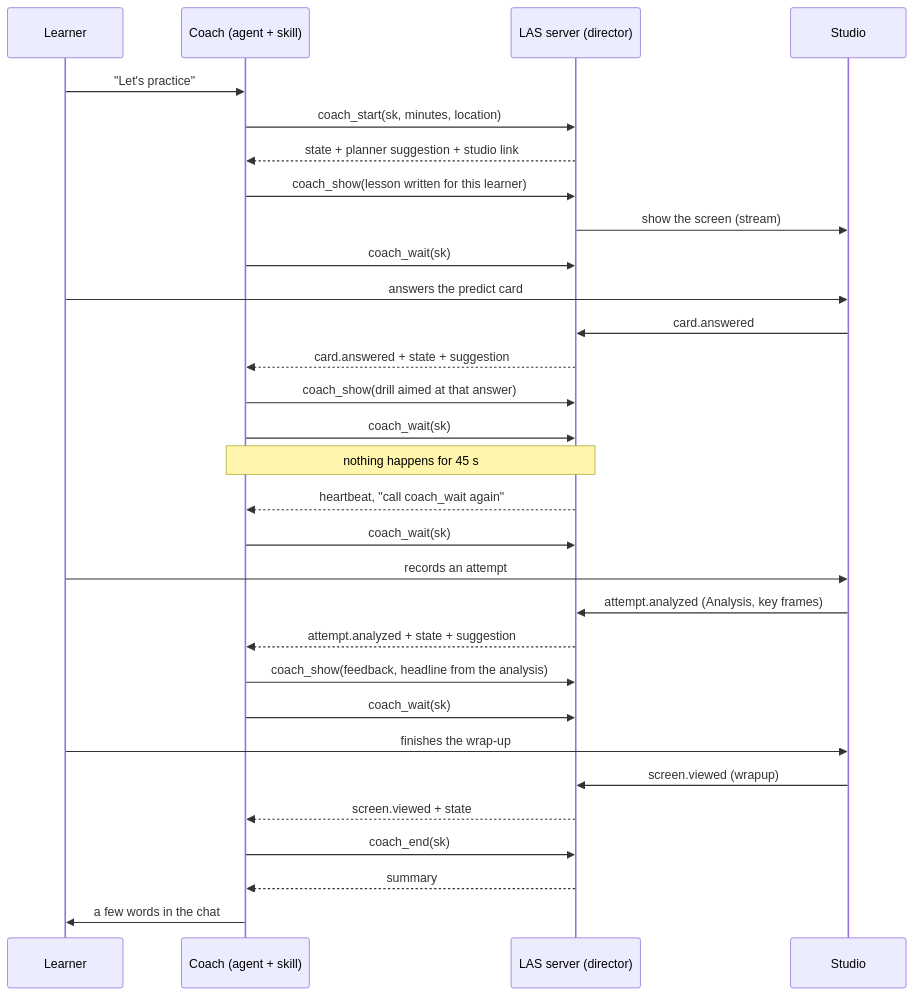
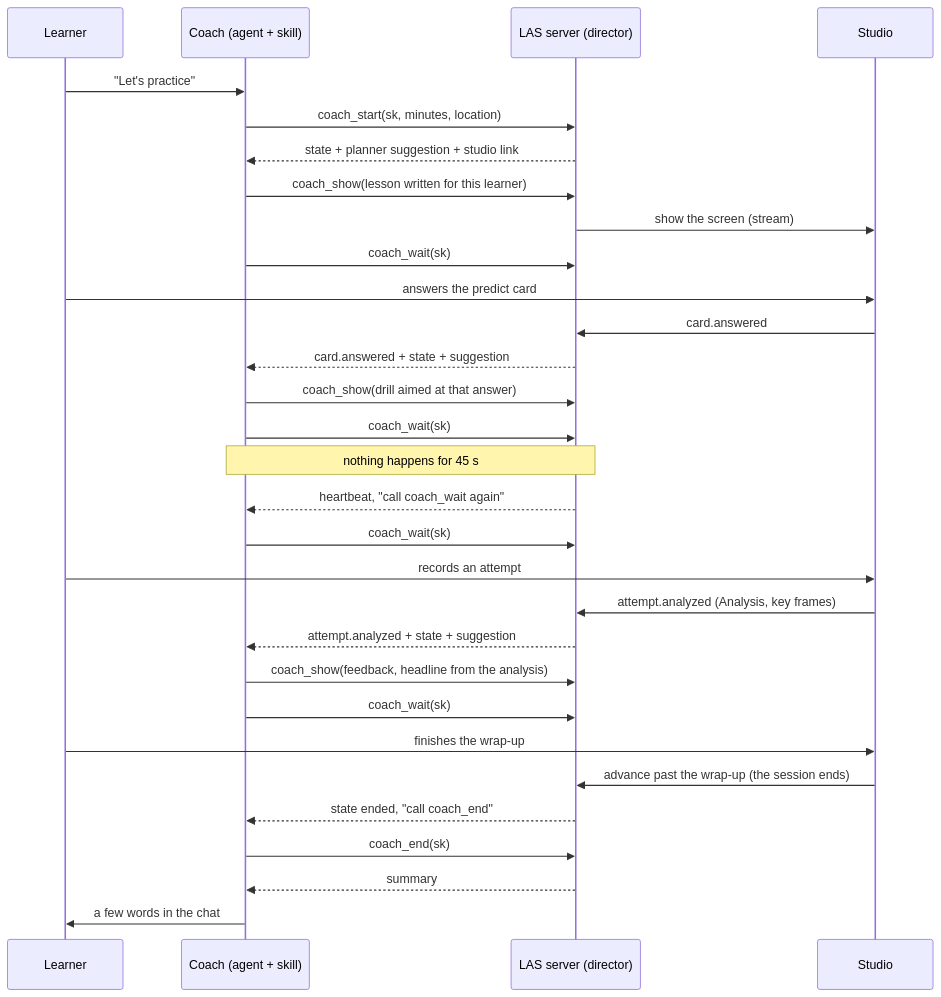
The first of 4 diagrams in docs/design/live-coach.md (sukumar-v/las), drawn with Mermaid before and after one commit. The commit also changed other lines of this file and 10 other files, not shown here.

Commit message:
Bring the design docs, the skill and the READMEs in line with the live coach as built; /las-session starts the coach loop

````diff
--- a/docs/design/live-coach.md
+++ b/docs/design/live-coach.md
@@ -44,32 +56,32 @@
 ```mermaid
 sequenceDiagram
   participant L as Learner
   participant A as Coach (agent + skill)
   participant S as LAS server (director)
   participant U as Studio
   L->>A: "Let's practice"
   A->>S: coach_start(sk, minutes, location)
   S-->>A: state + planner suggestion + studio link
   A->>S: coach_show(lesson written for this learner)
   S->>U: show the screen (stream)
   A->>S: coach_wait(sk)
   L->>U: answers the predict card
   U->>S: card.answered
   S-->>A: card.answered + state + suggestion
   A->>S: coach_show(drill aimed at that answer)
   A->>S: coach_wait(sk)
   Note over A,S: nothing happens for 45 s
   S-->>A: heartbeat, "call coach_wait again"
   A->>S: coach_wait(sk)
   L->>U: records an attempt
   U->>S: attempt.analyzed (Analysis, key frames)
   S-->>A: attempt.analyzed + state + suggestion
   A->>S: coach_show(feedback, headline from the analysis)
   A->>S: coach_wait(sk)
   L->>U: finishes the wrap-up
-  U->>S: screen.viewed (wrapup)
-  S-->>A: screen.viewed + state
+  U->>S: advance past the wrap-up (the session ends)
+  S-->>A: state ended, "call coach_end"
   A->>S: coach_end(sk)
   S-->>A: summary
   A->>L: a few words in the chat
 ```
````
